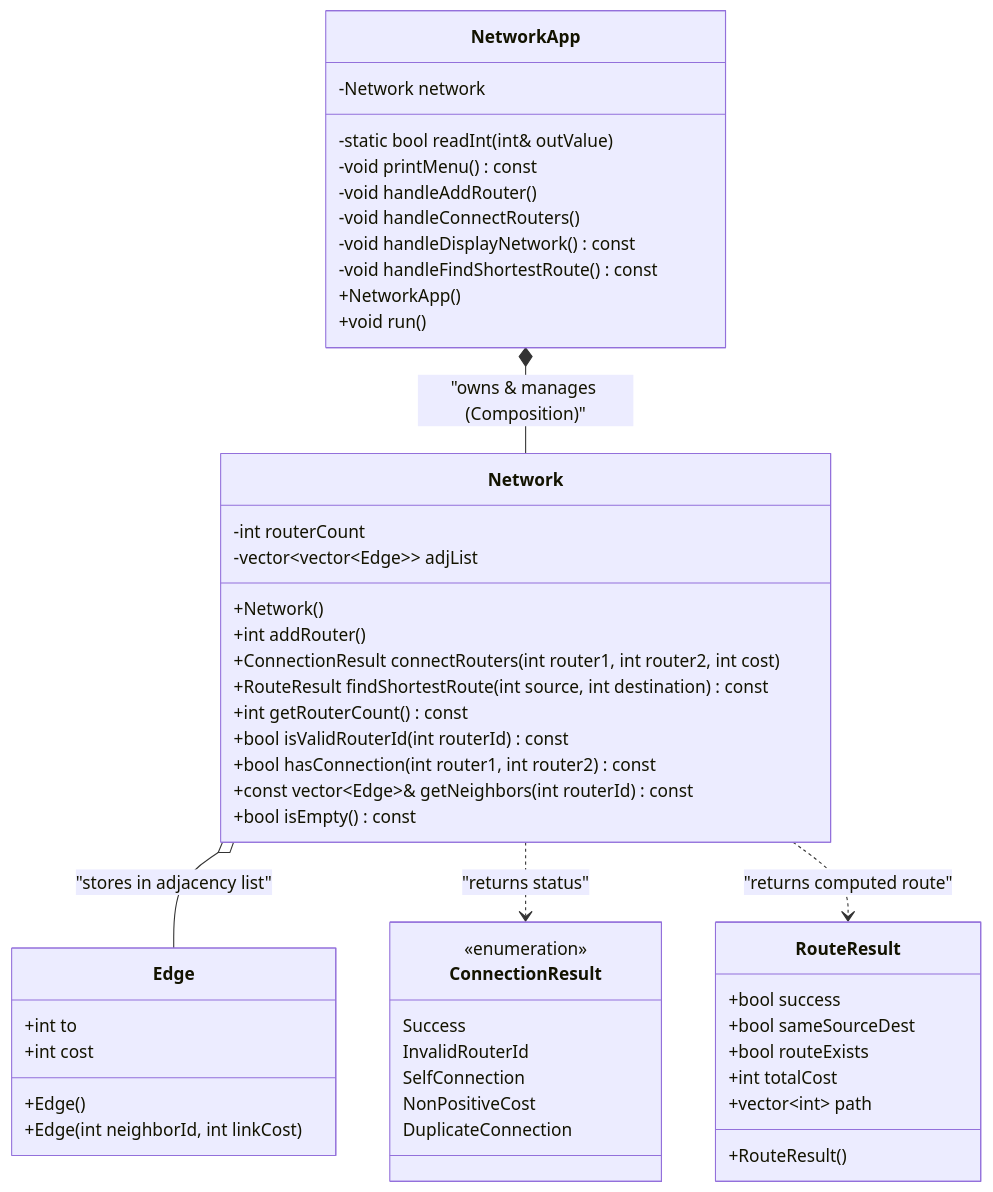
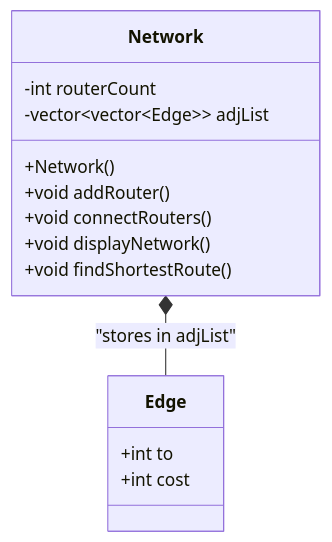
The diagram in OOP_DESIGN.md (netizen-om/NetRouteSimulator), drawn with Mermaid before and after one commit. The commit also changed other lines of this file and 6 other files, not shown here.

````diff
--- a/OOP_DESIGN.md
+++ b/OOP_DESIGN.md
@@ -24,60 +16,21 @@
 ```mermaid
 classDiagram
     direction TB
 
     class Edge {
         +int to
         +int cost
-        +Edge()
-        +Edge(int neighborId, int linkCost)
-    }
-
-    class ConnectionResult {
-        <<enumeration>>
-        Success
-        InvalidRouterId
-        SelfConnection
-        NonPositiveCost
-        DuplicateConnection
-    }
-
-    class RouteResult {
-        +bool success
-        +bool sameSourceDest
-        +bool routeExists
-        +int totalCost
-        +vector~int~ path
-        +RouteResult()
     }
 
     class Network {
         -int routerCount
         -vector~vector~Edge~~ adjList
         +Network()
-        +int addRouter()
-        +ConnectionResult connectRouters(int router1, int router2, int cost)
-        +RouteResult findShortestRoute(int source, int destination) const
-        +int getRouterCount() const
-        +bool isValidRouterId(int routerId) const
-        +bool hasConnection(int router1, int router2) const
-        +const vector~Edge~& getNeighbors(int routerId) const
-        +bool isEmpty() const
+        +void addRouter()
+        +void connectRouters()
+        +void displayNetwork()
+        +void findShortestRoute()
     }
 
-    class NetworkApp {
-        -Network network
-        -static bool readInt(int& outValue)
-        -void printMenu() const
-        -void handleAddRouter()
-        -void handleConnectRouters()
-        -void handleDisplayNetwork() const
-        -void handleFindShortestRoute() const
-        +NetworkApp()
-        +void run()
-    }
-
-    NetworkApp *-- Network : "owns & manages (Composition)"
-    Network o-- Edge : "stores in adjacency list"
-    Network ..> ConnectionResult : "returns status"
-    Network ..> RouteResult : "returns computed route"
+    Network *-- Edge : "stores in adjList"
 ```
````
